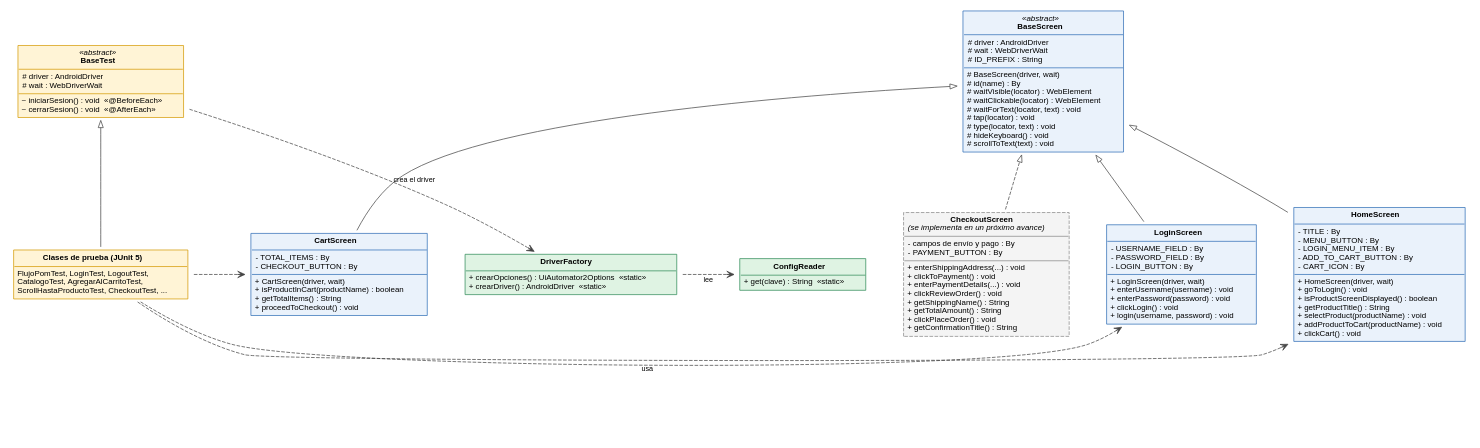
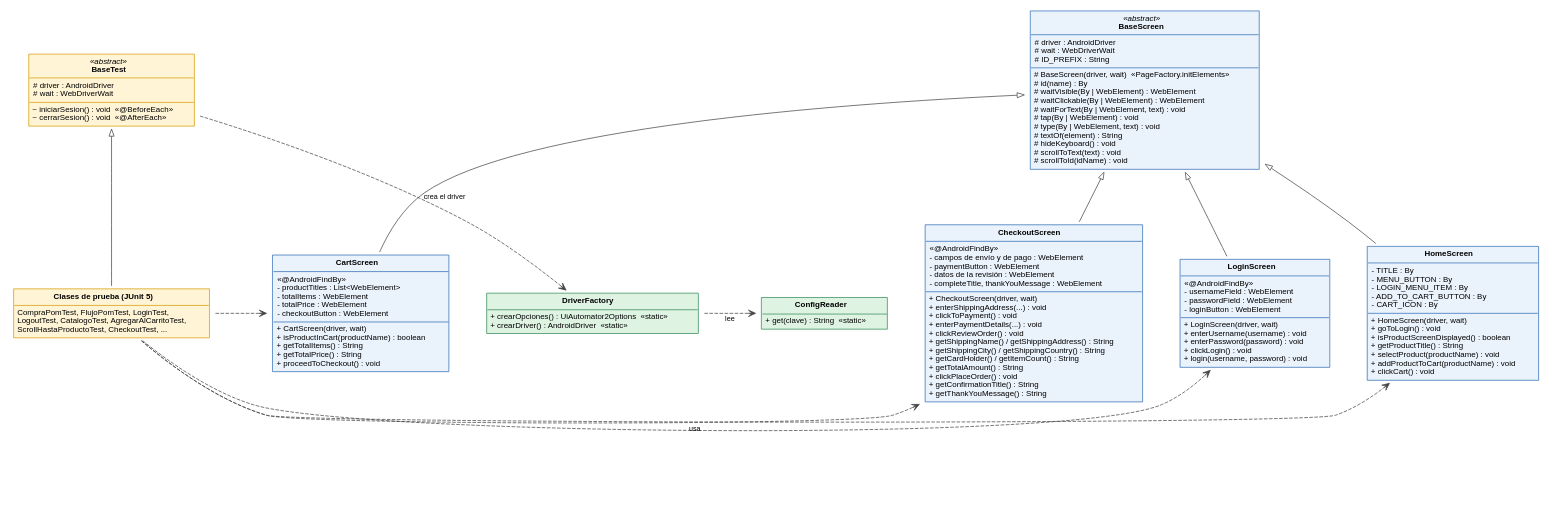
One commit to tinchoel/appium-mobile-automation changed the diagram in docs/diagrama-clases-pom.dot. Above: the diagram before and after it, drawn with Graphviz. The commit also changed 10 other files, not shown here.

Commit message:
Avance 4.3: Page Factory en Login, Cart y Checkout screens; prueba de compra con Screen Objects

```diff
--- a/docs/diagrama-clases-pom.dot
+++ b/docs/diagrama-clases-pom.dot
@@ -1,79 +1,78 @@
 digraph UML {
   rankdir=BT; bgcolor="white"; nodesep=0.5; ranksep=0.8; splines=true;
   node [shape=plaintext, fontname="Helvetica", fontsize=11];
   edge [fontname="Helvetica", fontsize=10, color="#444444"];
 
   BaseScreen [label=<
     <TABLE BORDER="1" CELLBORDER="0" CELLSPACING="0" CELLPADDING="4" BGCOLOR="#EAF2FB" COLOR="#2F6DB5">
       <TR><TD ALIGN="CENTER" BORDER="1" SIDES="B"><I>«abstract»</I><BR/><B>BaseScreen</B></TD></TR>
       <TR><TD ALIGN="LEFT" BORDER="1" SIDES="B"># driver : AndroidDriver<BR ALIGN="LEFT"/># wait : WebDriverWait<BR ALIGN="LEFT"/># ID_PREFIX : String<BR ALIGN="LEFT"/></TD></TR>
-      <TR><TD ALIGN="LEFT"># BaseScreen(driver, wait)<BR ALIGN="LEFT"/># id(name) : By<BR ALIGN="LEFT"/># waitVisible(locator) : WebElement<BR ALIGN="LEFT"/># waitClickable(locator) : WebElement<BR ALIGN="LEFT"/># waitForText(locator, text) : void<BR ALIGN="LEFT"/># tap(locator) : void<BR ALIGN="LEFT"/># type(locator, text) : void<BR ALIGN="LEFT"/># hideKeyboard() : void<BR ALIGN="LEFT"/># scrollToText(text) : void<BR ALIGN="LEFT"/></TD></TR>
+      <TR><TD ALIGN="LEFT"># BaseScreen(driver, wait)  «PageFactory.initElements»<BR ALIGN="LEFT"/># id(name) : By<BR ALIGN="LEFT"/># waitVisible(By | WebElement) : WebElement<BR ALIGN="LEFT"/># waitClickable(By | WebElement) : WebElement<BR ALIGN="LEFT"/># waitForText(By | WebElement, text) : void<BR ALIGN="LEFT"/># tap(By | WebElement) : void<BR ALIGN="LEFT"/># type(By | WebElement, text) : void<BR ALIGN="LEFT"/># textOf(element) : String<BR ALIGN="LEFT"/># hideKeyboard() : void<BR ALIGN="LEFT"/># scrollToText(text) : void<BR ALIGN="LEFT"/># scrollToId(idName) : void<BR ALIGN="LEFT"/></TD></TR>
     </TABLE>>];
 
   LoginScreen [label=<
     <TABLE BORDER="1" CELLBORDER="0" CELLSPACING="0" CELLPADDING="4" BGCOLOR="#EAF2FB" COLOR="#2F6DB5">
       <TR><TD ALIGN="CENTER" BORDER="1" SIDES="B"><B>LoginScreen</B></TD></TR>
-      <TR><TD ALIGN="LEFT" BORDER="1" SIDES="B">- USERNAME_FIELD : By<BR ALIGN="LEFT"/>- PASSWORD_FIELD : By<BR ALIGN="LEFT"/>- LOGIN_BUTTON : By<BR ALIGN="LEFT"/></TD></TR>
+      <TR><TD ALIGN="LEFT" BORDER="1" SIDES="B">«@AndroidFindBy»<BR ALIGN="LEFT"/>- usernameField : WebElement<BR ALIGN="LEFT"/>- passwordField : WebElement<BR ALIGN="LEFT"/>- loginButton : WebElement<BR ALIGN="LEFT"/></TD></TR>
       <TR><TD ALIGN="LEFT">+ LoginScreen(driver, wait)<BR ALIGN="LEFT"/>+ enterUsername(username) : void<BR ALIGN="LEFT"/>+ enterPassword(password) : void<BR ALIGN="LEFT"/>+ clickLogin() : void<BR ALIGN="LEFT"/>+ login(username, password) : void<BR ALIGN="LEFT"/></TD></TR>
     </TABLE>>];
 
   HomeScreen [label=<
     <TABLE BORDER="1" CELLBORDER="0" CELLSPACING="0" CELLPADDING="4" BGCOLOR="#EAF2FB" COLOR="#2F6DB5">
       <TR><TD ALIGN="CENTER" BORDER="1" SIDES="B"><B>HomeScreen</B></TD></TR>
       <TR><TD ALIGN="LEFT" BORDER="1" SIDES="B">- TITLE : By<BR ALIGN="LEFT"/>- MENU_BUTTON : By<BR ALIGN="LEFT"/>- LOGIN_MENU_ITEM : By<BR ALIGN="LEFT"/>- ADD_TO_CART_BUTTON : By<BR ALIGN="LEFT"/>- CART_ICON : By<BR ALIGN="LEFT"/></TD></TR>
       <TR><TD ALIGN="LEFT">+ HomeScreen(driver, wait)<BR ALIGN="LEFT"/>+ goToLogin() : void<BR ALIGN="LEFT"/>+ isProductScreenDisplayed() : boolean<BR ALIGN="LEFT"/>+ getProductTitle() : String<BR ALIGN="LEFT"/>+ selectProduct(productName) : void<BR ALIGN="LEFT"/>+ addProductToCart(productName) : void<BR ALIGN="LEFT"/>+ clickCart() : void<BR ALIGN="LEFT"/></TD></TR>
     </TABLE>>];
 
   CartScreen [label=<
     <TABLE BORDER="1" CELLBORDER="0" CELLSPACING="0" CELLPADDING="4" BGCOLOR="#EAF2FB" COLOR="#2F6DB5">
       <TR><TD ALIGN="CENTER" BORDER="1" SIDES="B"><B>CartScreen</B></TD></TR>
-      <TR><TD ALIGN="LEFT" BORDER="1" SIDES="B">- TOTAL_ITEMS : By<BR ALIGN="LEFT"/>- CHECKOUT_BUTTON : By<BR ALIGN="LEFT"/></TD></TR>
-      <TR><TD ALIGN="LEFT">+ CartScreen(driver, wait)<BR ALIGN="LEFT"/>+ isProductInCart(productName) : boolean<BR ALIGN="LEFT"/>+ getTotalItems() : String<BR ALIGN="LEFT"/>+ proceedToCheckout() : void<BR ALIGN="LEFT"/></TD></TR>
+      <TR><TD ALIGN="LEFT" BORDER="1" SIDES="B">«@AndroidFindBy»<BR ALIGN="LEFT"/>- productTitles : List&lt;WebElement&gt;<BR ALIGN="LEFT"/>- totalItems : WebElement<BR ALIGN="LEFT"/>- totalPrice : WebElement<BR ALIGN="LEFT"/>- checkoutButton : WebElement<BR ALIGN="LEFT"/></TD></TR>
+      <TR><TD ALIGN="LEFT">+ CartScreen(driver, wait)<BR ALIGN="LEFT"/>+ isProductInCart(productName) : boolean<BR ALIGN="LEFT"/>+ getTotalItems() : String<BR ALIGN="LEFT"/>+ getTotalPrice() : String<BR ALIGN="LEFT"/>+ proceedToCheckout() : void<BR ALIGN="LEFT"/></TD></TR>
     </TABLE>>];
 
   CheckoutScreen [label=<
-    <TABLE BORDER="1" CELLBORDER="0" CELLSPACING="0" CELLPADDING="4" BGCOLOR="#F4F4F4" COLOR="#888888" STYLE="DASHED">
-      <TR><TD ALIGN="CENTER" BORDER="1" SIDES="B"><B>CheckoutScreen</B><BR/><I>(se implementa en un próximo avance)</I></TD></TR>
-      <TR><TD ALIGN="LEFT" BORDER="1" SIDES="B">- campos de envío y pago : By<BR ALIGN="LEFT"/>- PAYMENT_BUTTON : By<BR ALIGN="LEFT"/></TD></TR>
-      <TR><TD ALIGN="LEFT">+ enterShippingAddress(...) : void<BR ALIGN="LEFT"/>+ clickToPayment() : void<BR ALIGN="LEFT"/>+ enterPaymentDetails(...) : void<BR ALIGN="LEFT"/>+ clickReviewOrder() : void<BR ALIGN="LEFT"/>+ getShippingName() : String<BR ALIGN="LEFT"/>+ getTotalAmount() : String<BR ALIGN="LEFT"/>+ clickPlaceOrder() : void<BR ALIGN="LEFT"/>+ getConfirmationTitle() : String<BR ALIGN="LEFT"/></TD></TR>
+    <TABLE BORDER="1" CELLBORDER="0" CELLSPACING="0" CELLPADDING="4" BGCOLOR="#EAF2FB" COLOR="#2F6DB5">
+      <TR><TD ALIGN="CENTER" BORDER="1" SIDES="B"><B>CheckoutScreen</B></TD></TR>
+      <TR><TD ALIGN="LEFT" BORDER="1" SIDES="B">«@AndroidFindBy»<BR ALIGN="LEFT"/>- campos de envío y de pago : WebElement<BR ALIGN="LEFT"/>- paymentButton : WebElement<BR ALIGN="LEFT"/>- datos de la revisión : WebElement<BR ALIGN="LEFT"/>- completeTitle, thankYouMessage : WebElement<BR ALIGN="LEFT"/></TD></TR>
+      <TR><TD ALIGN="LEFT">+ CheckoutScreen(driver, wait)<BR ALIGN="LEFT"/>+ enterShippingAddress(...) : void<BR ALIGN="LEFT"/>+ clickToPayment() : void<BR ALIGN="LEFT"/>+ enterPaymentDetails(...) : void<BR ALIGN="LEFT"/>+ clickReviewOrder() : void<BR ALIGN="LEFT"/>+ getShippingName() / getShippingAddress() : String<BR ALIGN="LEFT"/>+ getShippingCity() / getShippingCountry() : String<BR ALIGN="LEFT"/>+ getCardHolder() / getItemCount() : String<BR ALIGN="LEFT"/>+ getTotalAmount() : String<BR ALIGN="LEFT"/>+ clickPlaceOrder() : void<BR ALIGN="LEFT"/>+ getConfirmationTitle() : String<BR ALIGN="LEFT"/>+ getThankYouMessage() : String<BR ALIGN="LEFT"/></TD></TR>
     </TABLE>>];
 
   BaseTest [label=<
     <TABLE BORDER="1" CELLBORDER="0" CELLSPACING="0" CELLPADDING="4" BGCOLOR="#FFF4D6" COLOR="#D49A00">
       <TR><TD ALIGN="CENTER" BORDER="1" SIDES="B"><I>«abstract»</I><BR/><B>BaseTest</B></TD></TR>
       <TR><TD ALIGN="LEFT" BORDER="1" SIDES="B"># driver : AndroidDriver<BR ALIGN="LEFT"/># wait : WebDriverWait<BR ALIGN="LEFT"/></TD></TR>
       <TR><TD ALIGN="LEFT">~ iniciarSesion() : void  «@BeforeEach»<BR ALIGN="LEFT"/>~ cerrarSesion() : void  «@AfterEach»<BR ALIGN="LEFT"/></TD></TR>
     </TABLE>>];
 
   Tests [label=<
     <TABLE BORDER="1" CELLBORDER="0" CELLSPACING="0" CELLPADDING="4" BGCOLOR="#FFF4D6" COLOR="#D49A00">
       <TR><TD ALIGN="CENTER" BORDER="1" SIDES="B"><B>Clases de prueba (JUnit 5)</B></TD></TR>
-      <TR><TD ALIGN="LEFT">FlujoPomTest, LoginTest, LogoutTest,<BR ALIGN="LEFT"/>CatalogoTest, AgregarAlCarritoTest,<BR ALIGN="LEFT"/>ScrollHastaProductoTest, CheckoutTest, ...<BR ALIGN="LEFT"/></TD></TR>
+      <TR><TD ALIGN="LEFT">CompraPomTest, FlujoPomTest, LoginTest,<BR ALIGN="LEFT"/>LogoutTest, CatalogoTest, AgregarAlCarritoTest,<BR ALIGN="LEFT"/>ScrollHastaProductoTest, CheckoutTest, ...<BR ALIGN="LEFT"/></TD></TR>
     </TABLE>>];
 
   DriverFactory [label=<
     <TABLE BORDER="1" CELLBORDER="0" CELLSPACING="0" CELLPADDING="4" BGCOLOR="#DFF3E3" COLOR="#2E8B57">
       <TR><TD ALIGN="CENTER" BORDER="1" SIDES="B"><B>DriverFactory</B></TD></TR>
       <TR><TD ALIGN="LEFT">+ crearOpciones() : UiAutomator2Options  «static»<BR ALIGN="LEFT"/>+ crearDriver() : AndroidDriver  «static»<BR ALIGN="LEFT"/></TD></TR>
     </TABLE>>];
 
   ConfigReader [label=<
     <TABLE BORDER="1" CELLBORDER="0" CELLSPACING="0" CELLPADDING="4" BGCOLOR="#DFF3E3" COLOR="#2E8B57">
       <TR><TD ALIGN="CENTER" BORDER="1" SIDES="B"><B>ConfigReader</B></TD></TR>
       <TR><TD ALIGN="LEFT">+ get(clave) : String  «static»<BR ALIGN="LEFT"/></TD></TR>
     </TABLE>>];
 
-  // Herencia (triángulo vacío)
   LoginScreen -> BaseScreen [arrowhead=empty];
   HomeScreen -> BaseScreen [arrowhead=empty];
   CartScreen -> BaseScreen [arrowhead=empty];
-  CheckoutScreen -> BaseScreen [arrowhead=empty, style=dashed];
+  CheckoutScreen -> BaseScreen [arrowhead=empty];
   Tests -> BaseTest [arrowhead=empty];
 
-  // Dependencias
   Tests -> LoginScreen [style=dashed, arrowhead=vee, label="usa", constraint=false];
   Tests -> HomeScreen [style=dashed, arrowhead=vee, constraint=false];
   Tests -> CartScreen [style=dashed, arrowhead=vee, constraint=false];
+  Tests -> CheckoutScreen [style=dashed, arrowhead=vee, constraint=false];
   BaseTest -> DriverFactory [style=dashed, arrowhead=vee, label="crea el driver", constraint=false];
   DriverFactory -> ConfigReader [style=dashed, arrowhead=vee, label="lee", constraint=false];
 }
```
